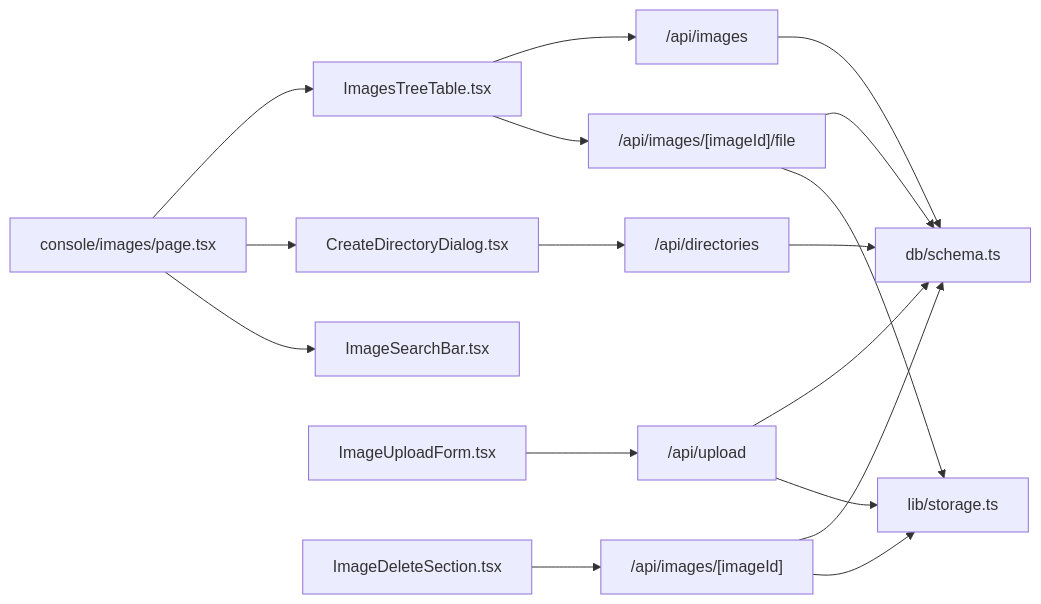
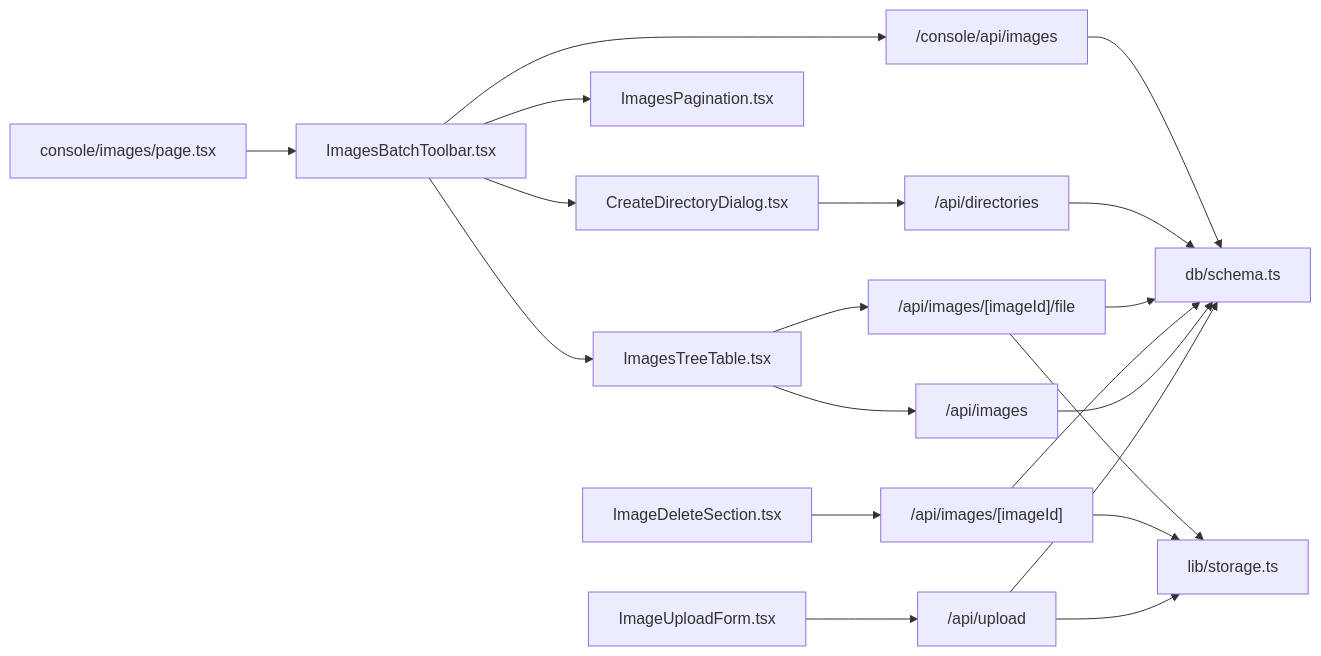
The tenth of 10 diagrams in .qoder/repowiki/zh/content/功能特性/图片管理/图片管理.md (pnnh/weable), drawn with Mermaid before and after one commit. The commit also changed other lines of this file and 154 other files, not shown here.

````diff
--- a/.qoder/repowiki/zh/content/功能特性/图片管理/图片管理.md
+++ b/.qoder/repowiki/zh/content/功能特性/图片管理/图片管理.md
@@ -326,19 +457,22 @@
 ```mermaid
 graph LR
-Page["console/images/page.tsx"] --> Tree["ImagesTreeTable.tsx"]
-Page --> DirDlg["CreateDirectoryDialog.tsx"]
-Page --> Search["ImageSearchBar.tsx"]
+Page["console/images/page.tsx"] --> Toolbar["ImagesBatchToolbar.tsx"]
+Toolbar --> Tree["ImagesTreeTable.tsx"]
+Toolbar --> Pagination["ImagesPagination.tsx"]
+Toolbar --> DirDlg["CreateDirectoryDialog.tsx"]
 Upload["ImageUploadForm.tsx"] --> UpAPI["/api/upload"]
 Tree --> ListAPI["/api/images"]
 Tree --> FileAPI["/api/images/[imageId]/file"]
 Delete["ImageDeleteSection.tsx"] --> DelAPI["/api/images/[imageId]"]
 DirDlg --> DirAPI["/api/directories"]
 UpAPI --> Schema["db/schema.ts"]
 UpAPI --> Storage["lib/storage.ts"]
 ListAPI --> Schema
 DelAPI --> Schema
 DelAPI --> Storage
 FileAPI --> Schema
 FileAPI --> Storage
 DirAPI --> Schema
+Toolbar --> ConsoleAPI["/console/api/images"]
+ConsoleAPI --> Schema
 ```
````
